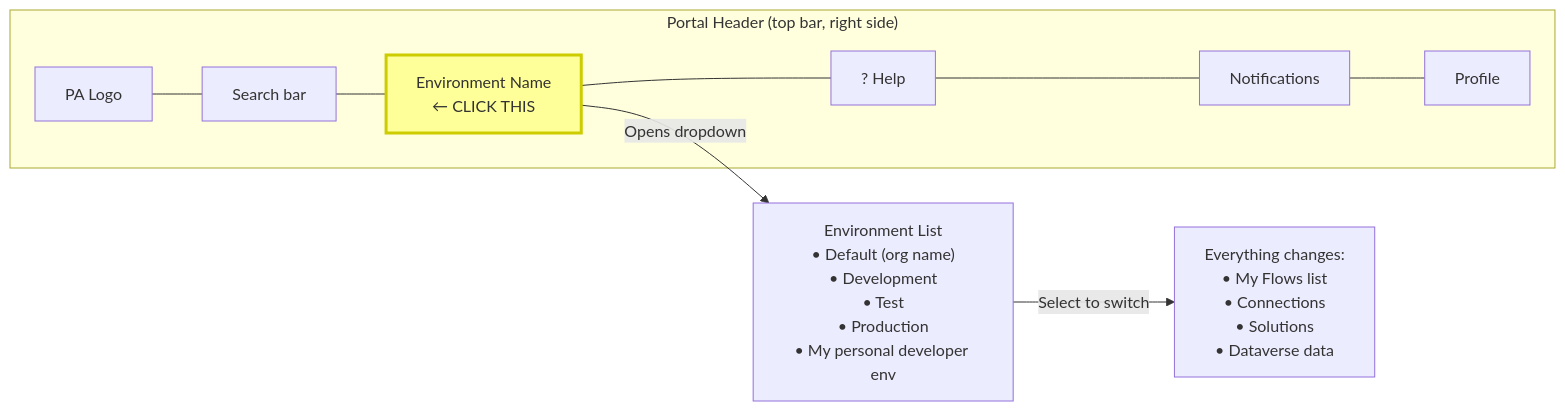
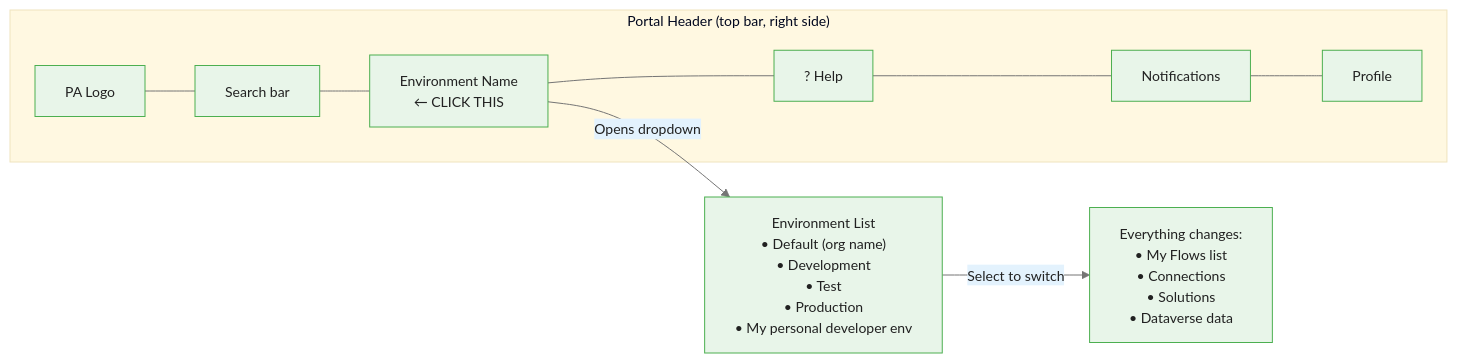
One commit to m-deane/course-creator changed the second of 9 diagrams in courses/power-automate/modules/module_00_platform_orientation/guides/02_navigating_portal_slides.md. Above: the diagram before and after it, drawn with Mermaid. The commit also changed other lines of this file and 72 other files, not shown here.

````diff
--- a/courses/power-automate/modules/module_00_platform_orientation/guides/02_navigating_portal_slides.md
+++ b/courses/power-automate/modules/module_00_platform_orientation/guides/02_navigating_portal_slides.md
@@ -52,12 +58,12 @@
 ```mermaid
+%%{init: {"theme": "base", "themeVariables": {"primaryColor": "#e8f5e9", "primaryBorderColor": "#4caf50", "primaryTextColor": "#212121", "secondaryColor": "#e3f2fd", "tertiaryColor": "#fff8e1", "lineColor": "#757575", "fontFamily": "Inter, sans-serif", "fontSize": "14px"}}}%%
 graph LR
     subgraph Header["Portal Header (top bar, right side)"]
         LOGO["PA Logo"] --- SEARCH["Search bar"] --- ENV["Environment Name\n← CLICK THIS"] --- HELP["? Help"] --- BELL["Notifications"] --- AVATAR["Profile"]
     end
 
     ENV -->|"Opens dropdown"| ENVLIST["Environment List\n• Default (org name)\n• Development\n• Test\n• Production\n• My personal developer env"]
 
     ENVLIST -->|"Select to switch"| CONTEXT["Everything changes:\n• My Flows list\n• Connections\n• Solutions\n• Dataverse data"]
 
-    style ENV fill:#ff9,stroke:#cc0,stroke-width:3px
 ```
````
